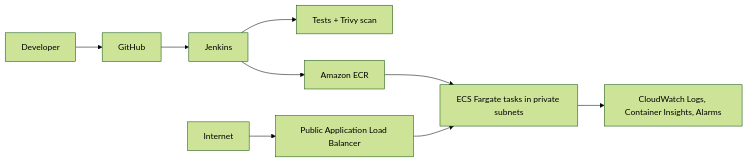
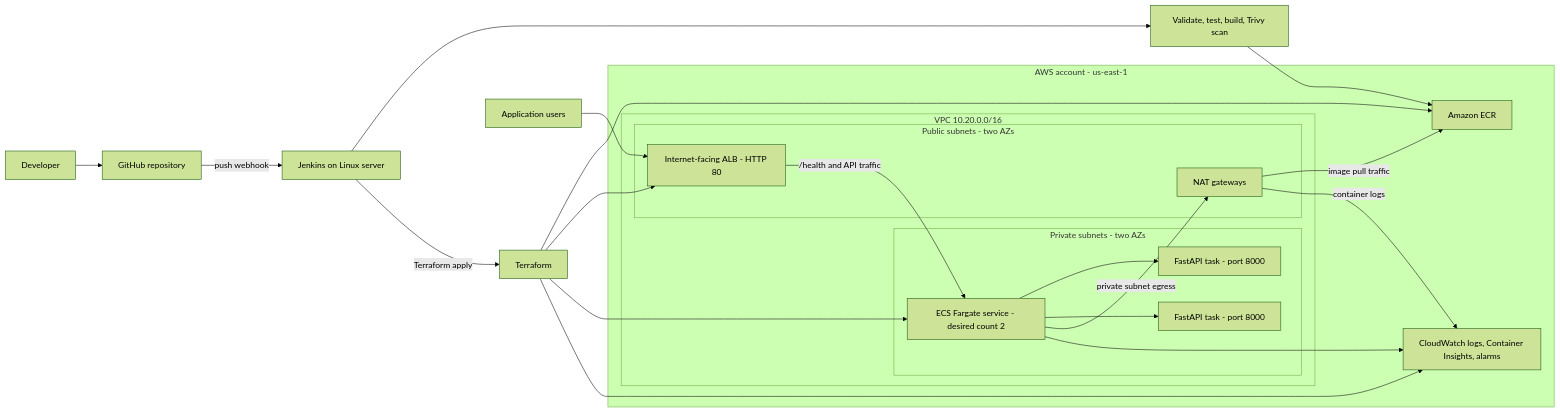
The diagram in README.md (Patrickmbaza/Interview-project), drawn with Mermaid (forest theme) before and after one commit. The commit also changed other lines of this file, not shown here.

Commit message:
Add live server deployment documentation and automation

````diff
--- a/README.md
+++ b/README.md
@@ -18,11 +18,37 @@
 ```mermaid
 flowchart LR
-  Dev[Developer] --> GH[GitHub]
-  GH --> J[Jenkins]
-  J --> T[Tests + Trivy scan]
-  J --> ECR[Amazon ECR]
-  ECR --> ECS[ECS Fargate tasks in private subnets]
-  Internet --> ALB[Public Application Load Balancer]
-  ALB --> ECS
-  ECS --> CW[CloudWatch Logs, Container Insights, Alarms]
+  Dev[Developer] --> GH[GitHub repository]
+  GH -- push webhook --> J[Jenkins on Linux server]
+  J --> CI[Validate, test, build, Trivy scan]
+  CI --> ECR[Amazon ECR]
+  J -- Terraform apply --> TF[Terraform]
+
+  subgraph AWS[AWS account - us-east-1]
+    ECR
+    subgraph VPC[VPC 10.20.0.0/16]
+      subgraph Public[Public subnets - two AZs]
+        ALB[Internet-facing ALB - HTTP 80]
+        NAT[NAT gateways]
+      end
+      subgraph Private[Private subnets - two AZs]
+        ECS[ECS Fargate service - desired count 2]
+        Task1[FastAPI task - port 8000]
+        Task2[FastAPI task - port 8000]
+      end
+      ALB -->|/health and API traffic| ECS
+      ECS --> Task1
+      ECS --> Task2
+      ECS -->|private subnet egress| NAT
+    end
+    CW[CloudWatch logs, Container Insights, alarms]
+    ECS --> CW
+  end
+
+  Users[Application users] --> ALB
+  NAT -->|image pull traffic| ECR
+  NAT -->|container logs| CW
+  TF --> ECR
+  TF --> ALB
+  TF --> ECS
+  TF --> CW
 ```
````
